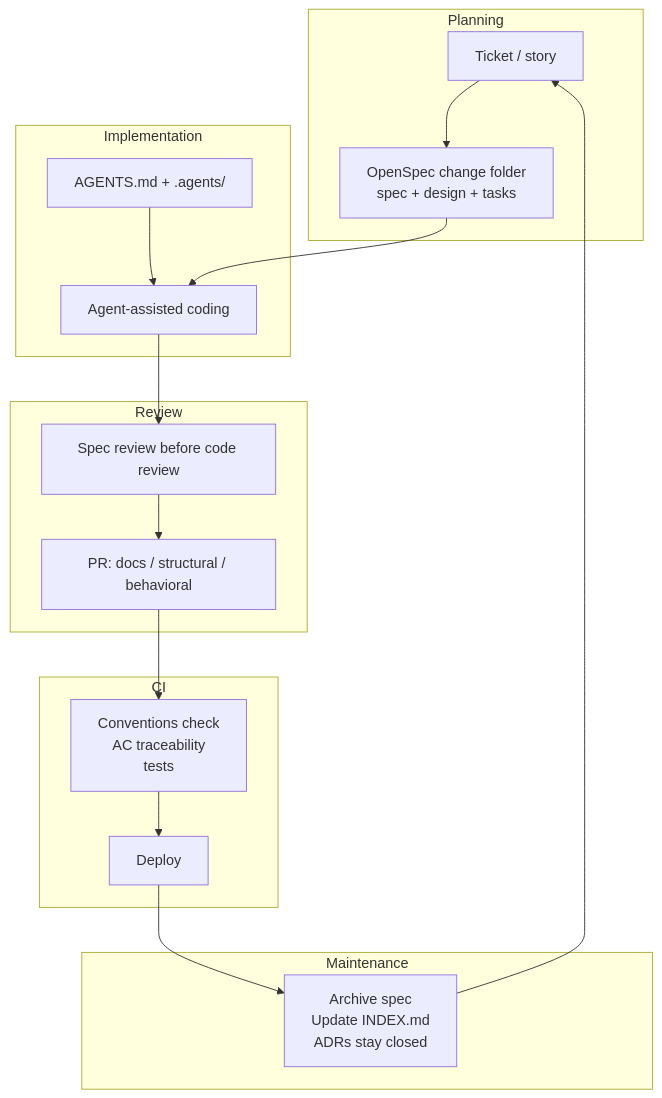
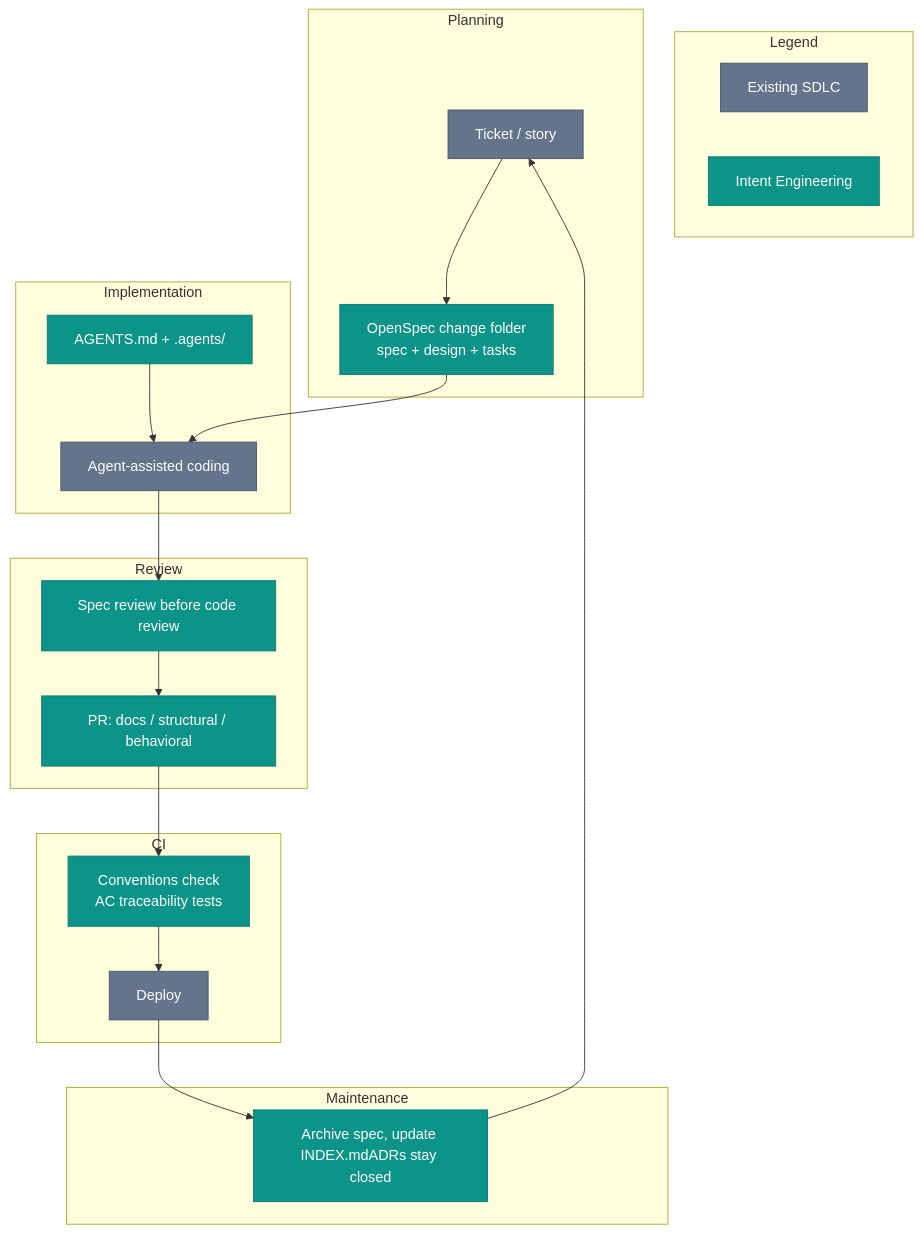
Before and after one commit to intent-engineering-for-coding-agents/book: the diagram in content/foundation/intent-engineering-and-the-sdlc.md, drawn with Mermaid. The commit also changed other lines of this file, not shown here.

Commit message:
edit(sdlc): clarify title, position IE within SDD, and color-code diagram
Drop "The Map:" subtitle, cut the SDLC definition paragraph (audience
knows it), and add a sentence positioning Spec-Driven Development as the
broader practice with Intent Engineering as this book's specific form.
Expand SDLC on first use with Sommerville source restored. Add classDef
colors to the Mermaid diagram so existing SDLC nodes and IE additions are
visually distinct, with a Legend subgraph.

````diff
--- a/content/foundation/intent-engineering-and-the-sdlc.md
+++ b/content/foundation/intent-engineering-and-the-sdlc.md
@@ -15,22 +13,30 @@
 ```mermaid
 graph TD
+    classDef existing fill:#64748b,stroke:#475569,color:#fff
+    classDef ie fill:#0d9488,stroke:#0f766e,color:#fff
+
+    subgraph Legend
+        direction LR
+        L1[Existing SDLC]:::existing
+        L2[Intent Engineering]:::ie
+    end
     subgraph Planning
-        A[Ticket / story] --> B[OpenSpec change folder<br/>spec + design + tasks]
+        A[Ticket / story]:::existing --> B[OpenSpec change folder<br/>spec + design + tasks]:::ie
     end
     subgraph Implementation
-        C["AGENTS.md + .agents/"] --> D[Agent-assisted coding]
+        C["AGENTS.md + .agents/"]:::ie --> D[Agent-assisted coding]:::existing
         B --> D
     end
     subgraph Review
-        D --> E[Spec review before code review]
-        E --> F[PR: docs / structural / behavioral]
+        D --> E[Spec review before code review]:::ie
+        E --> F[PR: docs / structural / behavioral]:::ie
     end
     subgraph CI
-        F --> G[Conventions check<br/>AC traceability<br/>tests]
-        G --> H[Deploy]
+        F --> G[Conventions check<br/>AC traceability tests]:::ie
+        G --> H[Deploy]:::existing
     end
     subgraph Maintenance
-        H --> I[Archive spec<br/>Update INDEX.md<br/>ADRs stay closed]
+        H --> I[Archive spec, update INDEX.md</>ADRs stay closed]:::ie
         I --> A
     end
 ```
````
